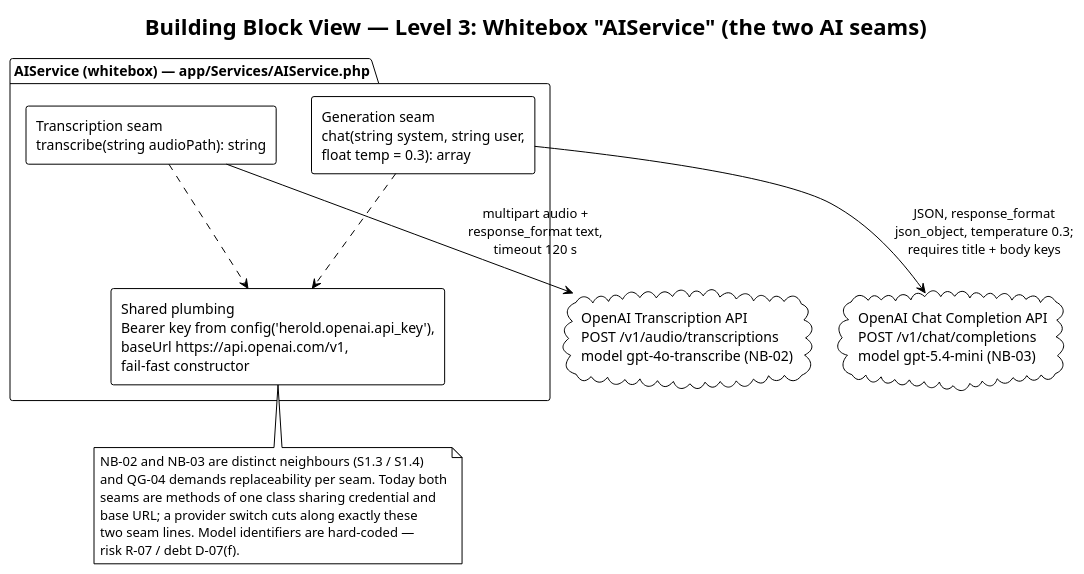
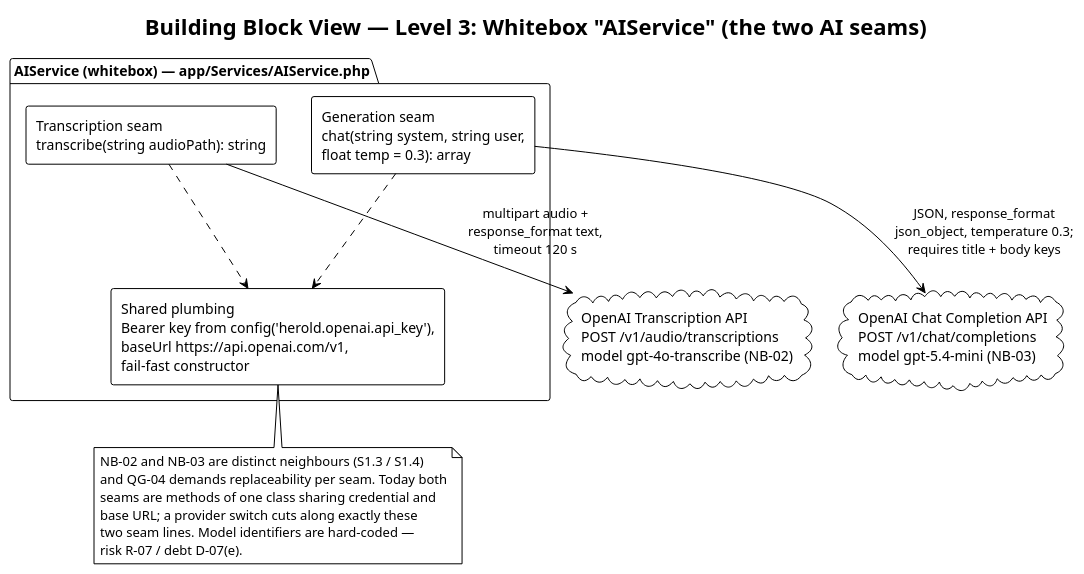
Before and after one commit to carstenlucke/herold: the diagram in docs/arch/diagrams/a05-l3-aiservice.plantuml, drawn with PlantUML. The commit also changed 11 other files, not shown here.

```diff
--- a/docs/arch/diagrams/a05-l3-aiservice.plantuml
+++ b/docs/arch/diagrams/a05-l3-aiservice.plantuml
@@ -1,30 +1,30 @@
 @startuml a05-l3-aiservice
 !theme plain
 skinparam componentStyle rectangle
 
 title Building Block View — Level 3: Whitebox "AIService" (the two AI seams)
 
 package "AIService (whitebox) — app/Services/AIService.php" {
   [Transcription seam\ntranscribe(string audioPath): string] as tseam
   [Generation seam\nchat(string system, string user,\nfloat temp = 0.3): array] as gseam
   [Shared plumbing\nBearer key from config('herold.openai.api_key'),\nbaseUrl https://api.openai.com/v1,\nfail-fast constructor] as shared
 }
 
 cloud "OpenAI Transcription API\nPOST /v1/audio/transcriptions\nmodel gpt-4o-transcribe (NB-02)" as whisper
 cloud "OpenAI Chat Completion API\nPOST /v1/chat/completions\nmodel gpt-5.4-mini (NB-03)" as chat
 
 tseam ..> shared
 gseam ..> shared
 tseam --> whisper : multipart audio +\nresponse_format text,\ntimeout 120 s
 gseam --> chat : JSON, response_format\njson_object, temperature 0.3;\nrequires title + body keys
 
 note bottom of shared
   NB-02 and NB-03 are distinct neighbours (S1.3 / S1.4)
   and QG-04 demands replaceability per seam. Today both
   seams are methods of one class sharing credential and
   base URL; a provider switch cuts along exactly these
   two seam lines. Model identifiers are hard-coded —
-  risk R-07 / debt D-07(f).
+  risk R-07 / debt D-07(e).
 end note
 
 @enduml
```
